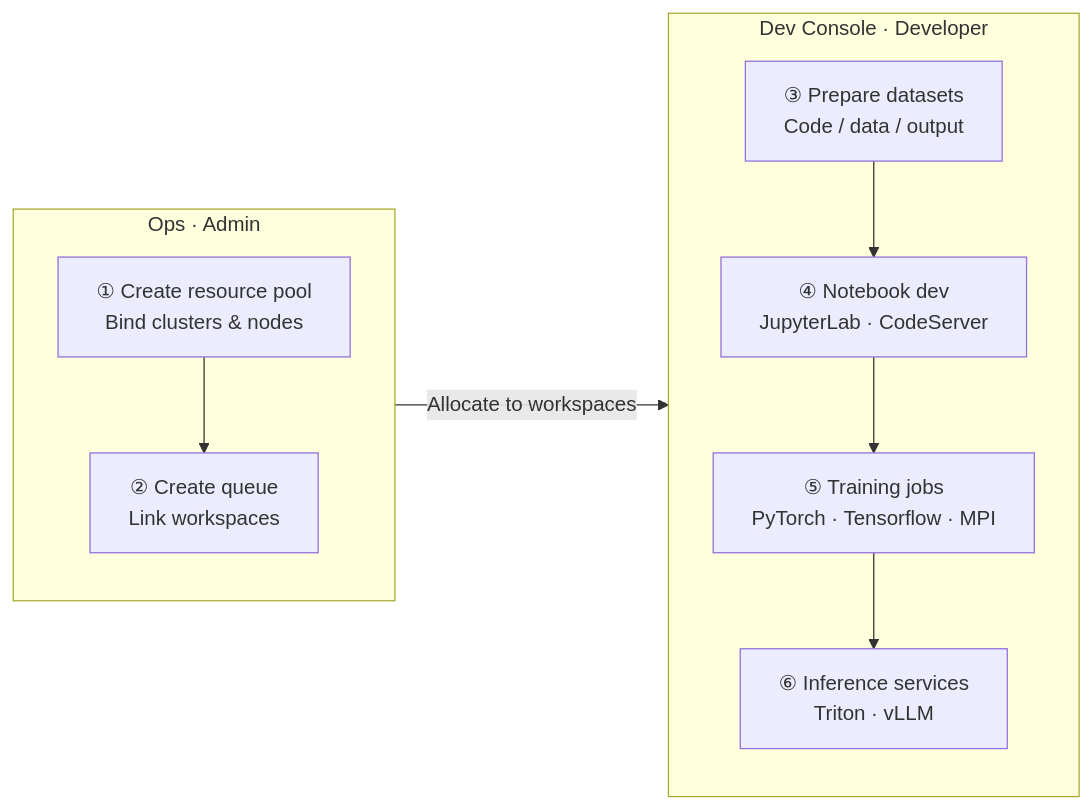
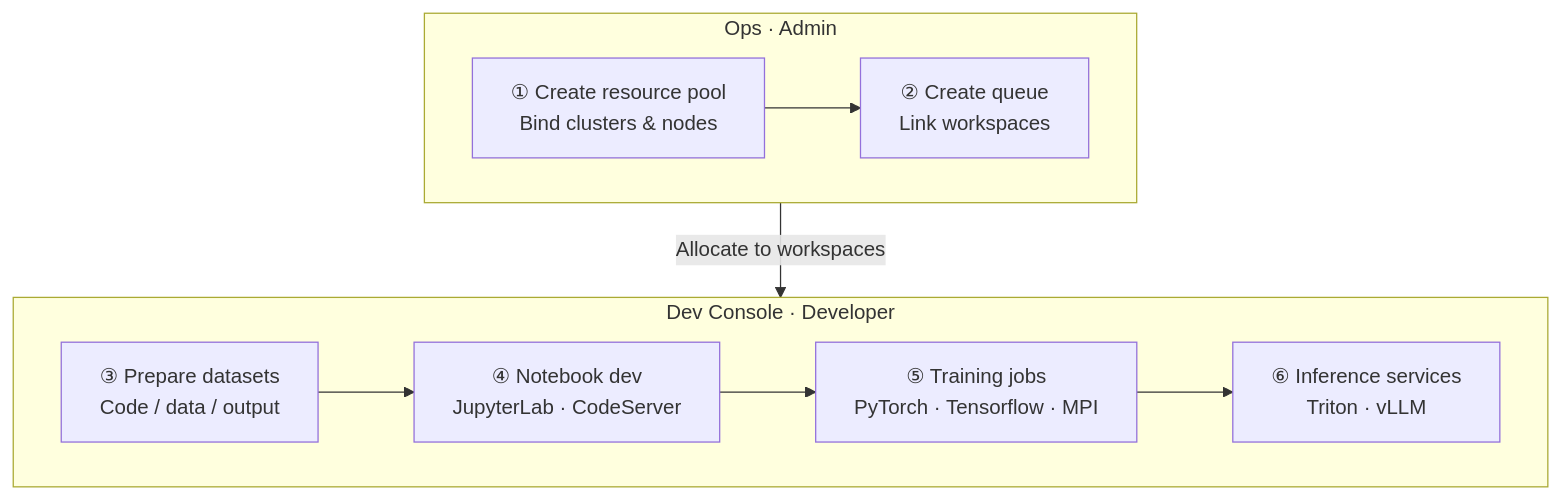
One commit to DaoCloud/DaoCloud-docs changed the diagram in docs/en/docs/baize/intro/index.md. Above: the diagram before and after it, drawn with Mermaid. The commit also changed other lines of this file and 1 other file, not shown here.

Commit message:
update mermaid structure

````diff
--- a/docs/en/docs/baize/intro/index.md
+++ b/docs/en/docs/baize/intro/index.md
@@ -92,26 +92,18 @@
 ```mermaid
-flowchart LR
+flowchart TB
     subgraph OAM["Ops · Admin"]
-        direction TB
-        A["① Create resource pool<br/>Bind clusters & nodes"]
-        B["② Create queue<br/>Link workspaces"]
+        direction LR
+        A["① Create resource pool<br/>Bind clusters & nodes"] --> B["② Create queue<br/>Link workspaces"]
     end
     subgraph DEV["Dev Console · Developer"]
-        direction TB
-        C["③ Prepare datasets<br/>Code / data / output"]
-        D["④ Notebook dev<br/>JupyterLab · CodeServer"]
-        E["⑤ Training jobs<br/>PyTorch · Tensorflow · MPI"]
-        F["⑥ Inference services<br/>Triton · vLLM"]
+        direction LR
+        C["③ Prepare datasets<br/>Code / data / output"] --> D["④ Notebook dev<br/>JupyterLab · CodeServer"] --> E["⑤ Training jobs<br/>PyTorch · Tensorflow · MPI"] --> F["⑥ Inference services<br/>Triton · vLLM"]
     end
-    A --> B
-    B -->|Allocate to workspaces| C
-    C --> D
-    D --> E
-    E --> F
+    OAM -->|Allocate to workspaces| DEV
     click A href "../oam/resource/create/"
     click B href "../oam/queue/create/"
     click C href "../developer/dataset/"
     click D href "../developer/notebooks/"
     click E href "../developer/jobs/"
     click F href "../developer/inference/"
 ```
````
